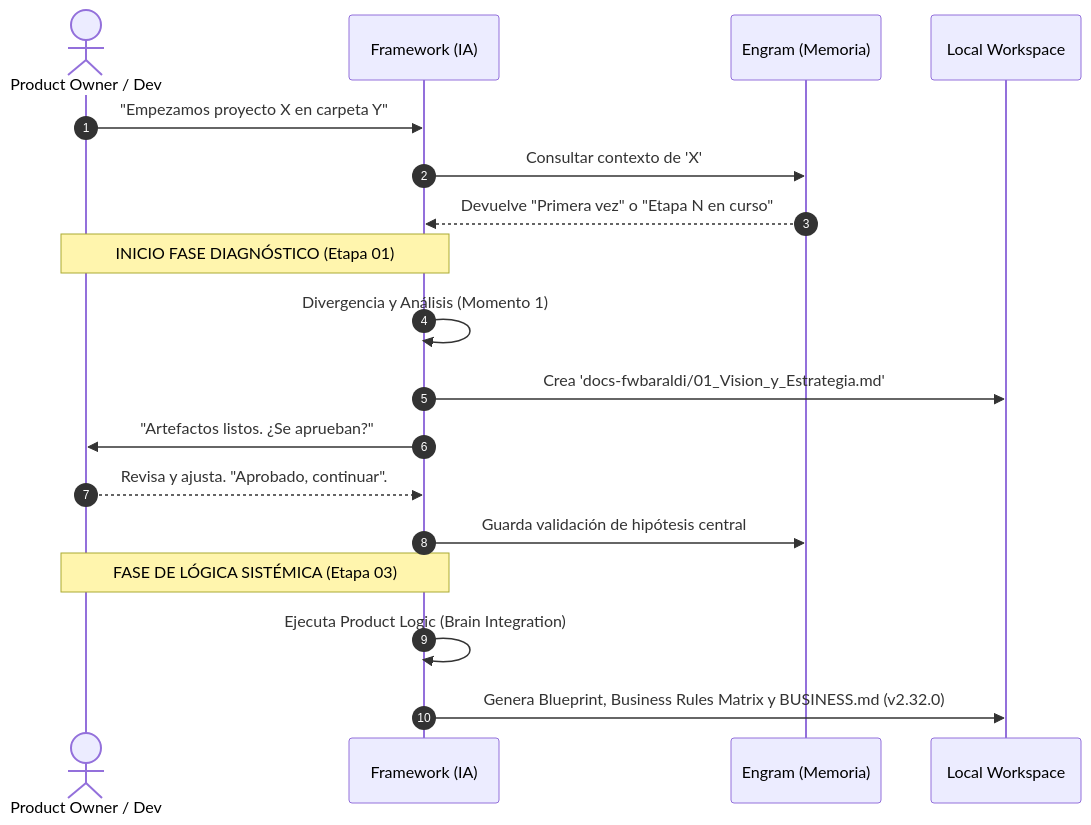
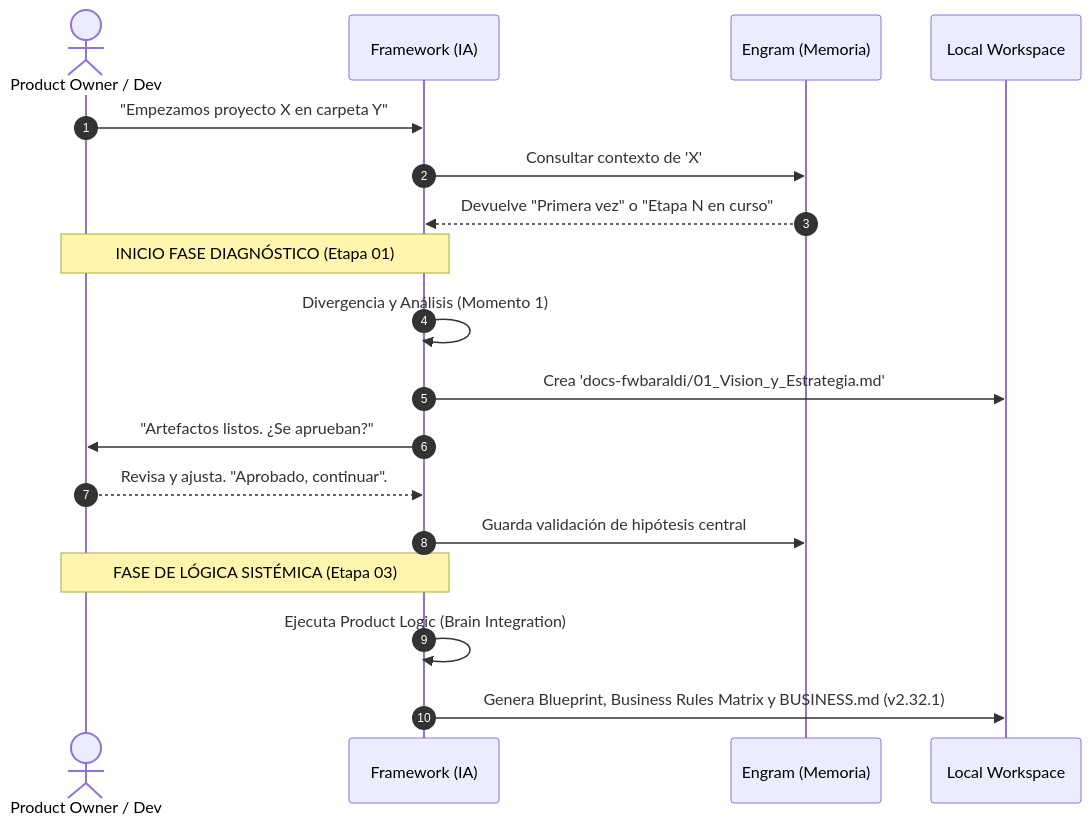
One commit to leobaraldi96/fwbaraldi changed the second of 2 diagrams in ARQUITECTURA_CORE.md. Above: the diagram before and after it, drawn with Mermaid. The commit also changed other lines of this file and 85 other files, not shown here.

````diff
--- a/ARQUITECTURA_CORE.md
+++ b/ARQUITECTURA_CORE.md
@@ -83,26 +83,26 @@
 ```mermaid
 sequenceDiagram
     autonumber
     actor Humano as Product Owner / Dev
     participant IA as Framework (IA)
     participant E as Engram (Memoria)
     participant FS as Local Workspace
 
     Humano->>IA: "Empezamos proyecto X en carpeta Y"
     IA->>E: Consultar contexto de 'X'
     E-->>IA: Devuelve "Primera vez" o "Etapa N en curso"
     
     note over IA,Humano: INICIO FASE DIAGNÓSTICO (Etapa 01)
     IA->>IA: Divergencia y Análisis (Momento 1)
     
     IA->>FS: Crea 'docs-fwbaraldi/01_Vision_y_Estrategia.md'
     IA->>Humano: "Artefactos listos. ¿Se aprueban?"
     
     Humano-->>IA: Revisa y ajusta. "Aprobado, continuar".
     
     IA->>E: Guarda validación de hipótesis central
     
     note over IA,Humano: FASE DE LÓGICA SISTÉMICA (Etapa 03)
     IA->>IA: Ejecuta Product Logic (Brain Integration)
-    IA->>FS: Genera Blueprint, Business Rules Matrix y BUSINESS.md (v2.32.0)
+    IA->>FS: Genera Blueprint, Business Rules Matrix y BUSINESS.md (v2.32.1)
 ```
````
